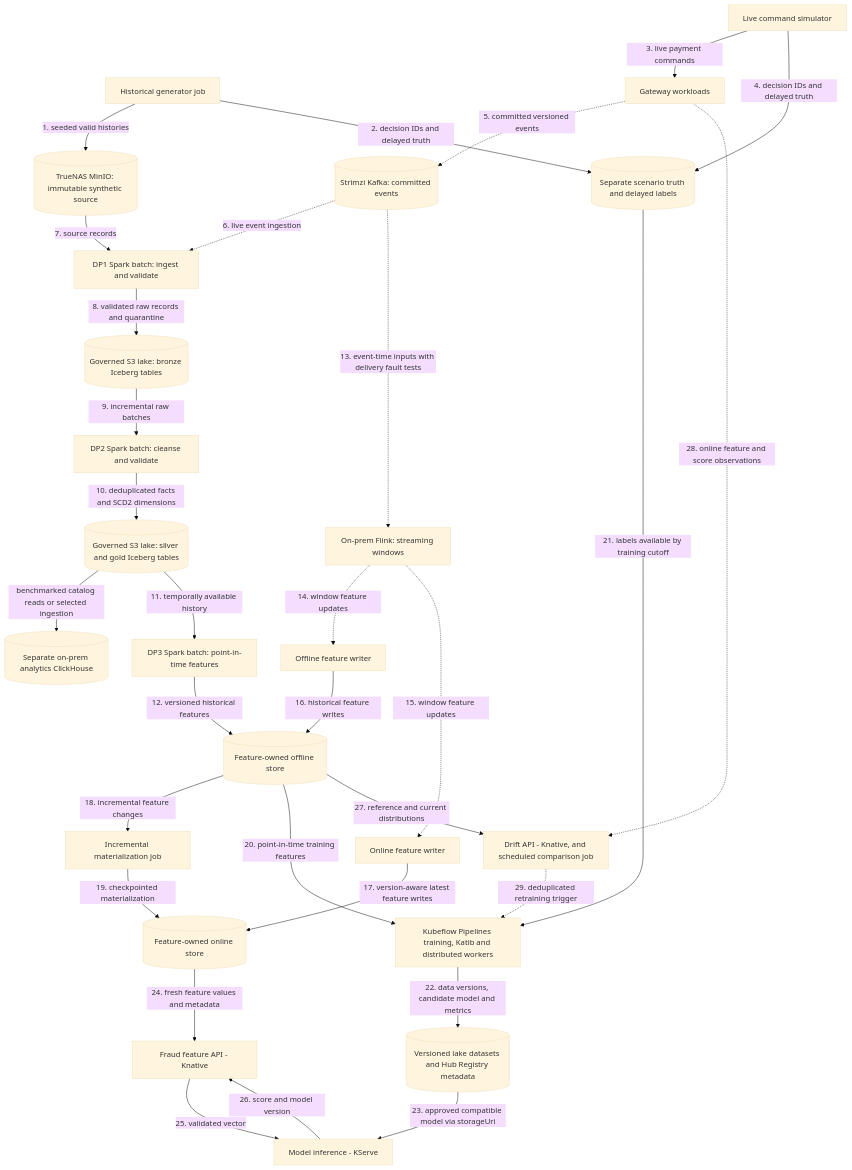
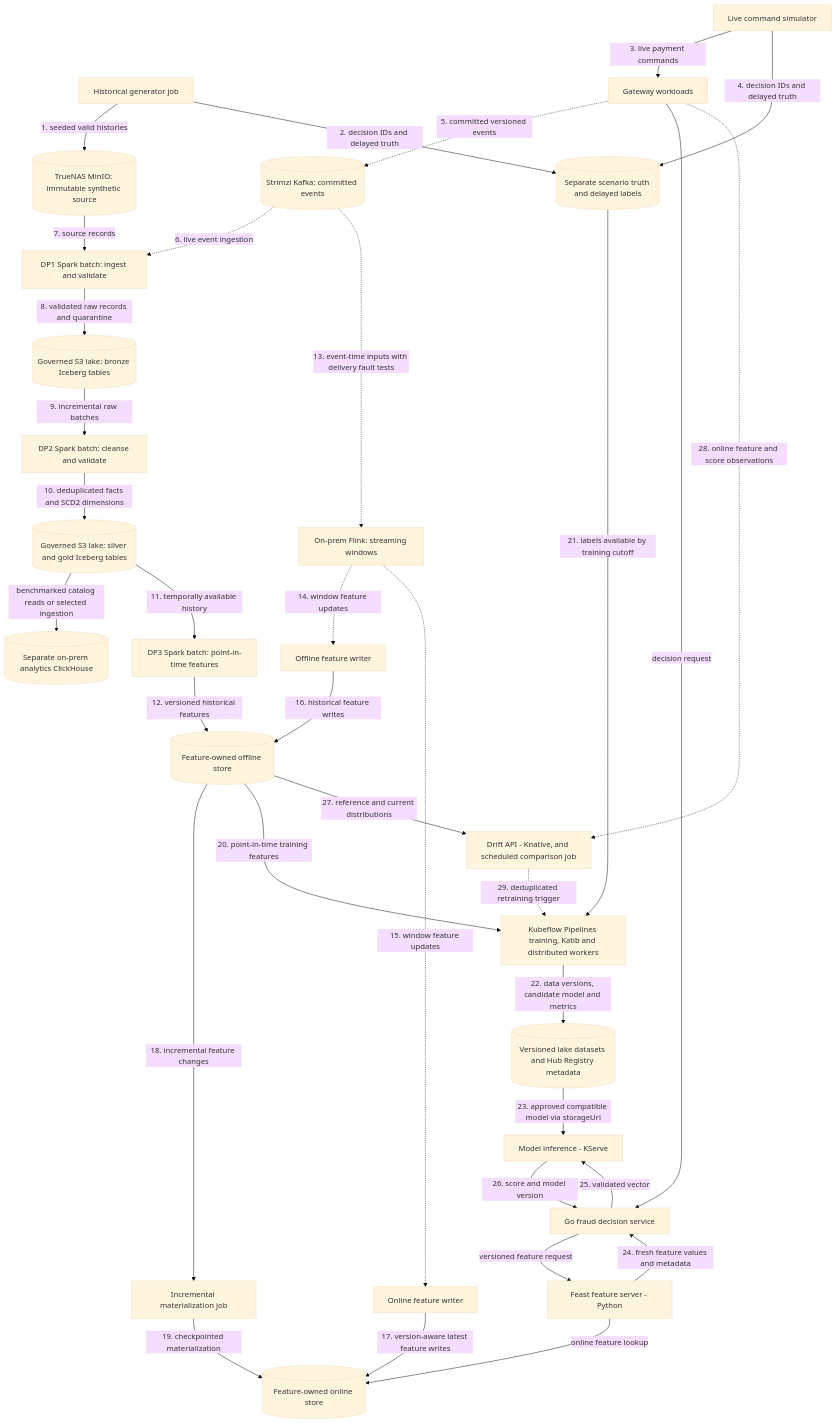
One commit to phuchoang2603/realtime-credit-card-fraud-detection changed the diagram in docs/data-ml/data-pipeline.md. Above: the diagram before and after it, drawn with Mermaid (base theme). The commit also changed other lines of this file and 161 other files, not shown here.

Commit message:
feat(gateway): replace Python fraud and add shared Go observability

````diff
--- a/docs/data-ml/data-pipeline.md
+++ b/docs/data-ml/data-pipeline.md
@@ -9,56 +9,60 @@
 ```mermaid
 flowchart TB
     H["Historical generator job"]
     L["Live command simulator"]
     G["Gateway workloads"]
     T[("Separate scenario truth and delayed labels")]
     S[("TrueNAS MinIO: immutable synthetic source")]
     Q[("Strimzi Kafka: committed events")]
     D1["DP1 Spark batch: ingest and validate"]
     B[("Governed S3 lake: bronze Iceberg tables")]
     D2["DP2 Spark batch: cleanse and validate"]
     C[("Governed S3 lake: silver and gold Iceberg tables")]
     CH[("Separate on-prem analytics ClickHouse")]
     D3["DP3 Spark batch: point-in-time features"]
     O[("Feature-owned offline store")]
     W["On-prem Flink: streaming windows"]
     WO["Offline feature writer"]
     WN["Online feature writer"]
     N[("Feature-owned online store")]
     MT["Incremental materialization job"]
     TR["Kubeflow Pipelines training, Katib and distributed workers"]
     MR[("Versioned lake datasets and Hub Registry metadata")]
-    F["Fraud feature API - Knative"]
+    F["Go fraud decision service"]
+    FS["Feast feature server - Python"]
     I["Model inference - KServe"]
     D["Drift API - Knative, and scheduled comparison job"]
     H -->|"1. seeded valid histories"| S
     H -->|"2. decision IDs and delayed truth"| T
     L -->|"3. live payment commands"| G
     L -->|"4. decision IDs and delayed truth"| T
     G -.->|"5. committed versioned events"| Q
     Q -.->|"6. live event ingestion"| D1
     S -->|"7. source records"| D1
     D1 -->|"8. validated raw records and quarantine"| B
     B -->|"9. incremental raw batches"| D2
     D2 -->|"10. deduplicated facts and SCD2 dimensions"| C
     C -->|"benchmarked catalog reads or selected ingestion"| CH
     C -->|"11. temporally available history"| D3
     D3 -->|"12. versioned historical features"| O
     Q -.->|"13. event-time inputs with delivery fault tests"| W
     W -.->|"14. window feature updates"| WO
     W -.->|"15. window feature updates"| WN
     WO -->|"16. historical feature writes"| O
     WN -->|"17. version-aware latest feature writes"| N
     O -->|"18. incremental feature changes"| MT
     MT -->|"19. checkpointed materialization"| N
     O -->|"20. point-in-time training features"| TR
     T -->|"21. labels available by training cutoff"| TR
     TR -->|"22. data versions, candidate model and metrics"| MR
     MR -->|"23. approved compatible model via storageUri"| I
-    N -->|"24. fresh feature values and metadata"| F
+    G -->|"decision request"| F
+    F -->|"versioned feature request"| FS
+    FS -->|"online feature lookup"| N
+    FS -->|"24. fresh feature values and metadata"| F
     F -->|"25. validated vector"| I
     I -->|"26. score and model version"| F
     O -->|"27. reference and current distributions"| D
     G -.->|"28. online feature and score observations"| D
     D -.->|"29. deduplicated retraining trigger"| TR
 ```
````
